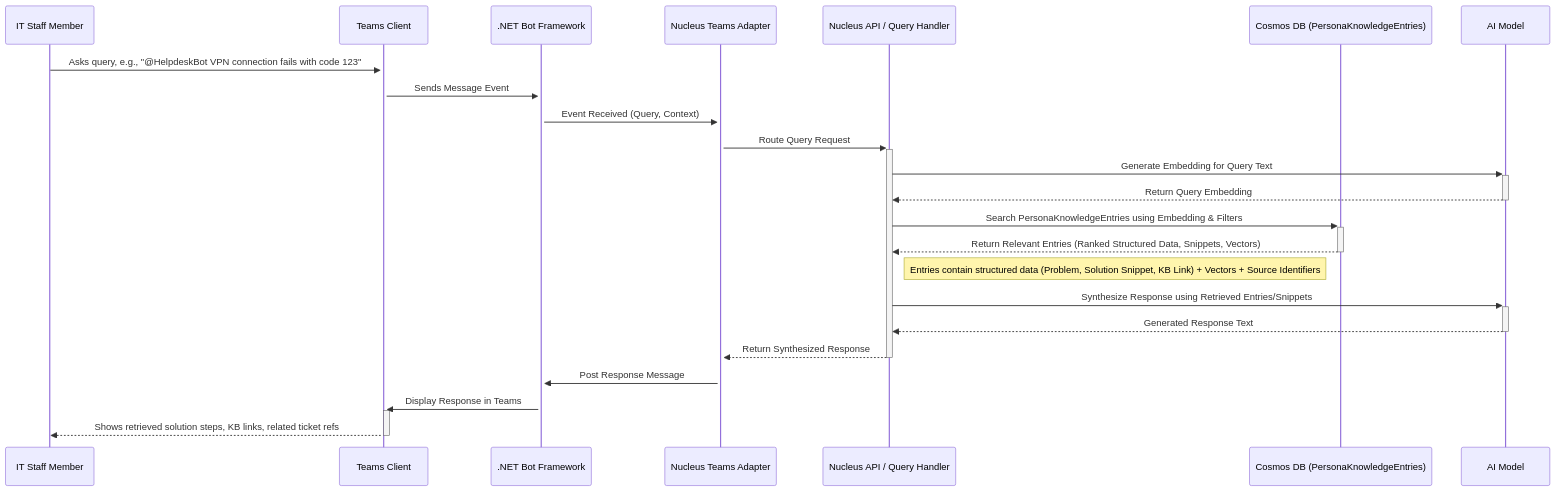
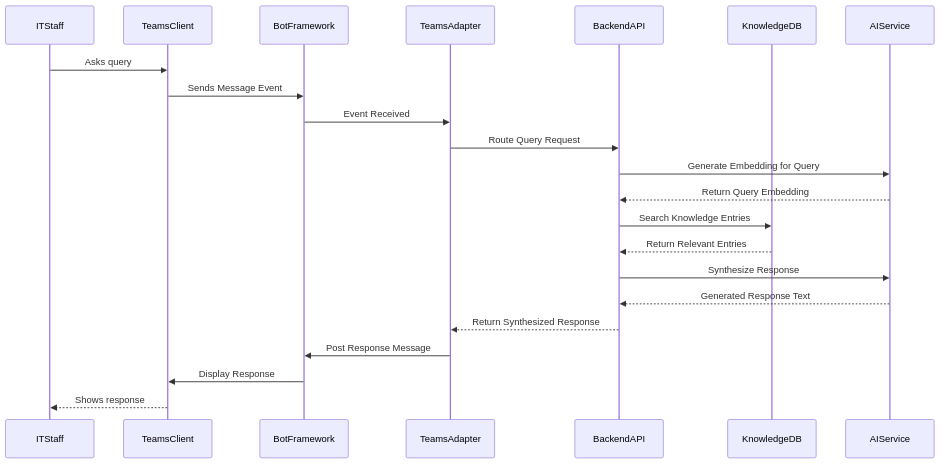
Before and after one commit to jfjordanfarr/Nucleus: the diagram in Docs/Architecture/Personas/ARCHITECTURE_PERSONAS_PROFESSIONAL.md, drawn with Mermaid. The commit also changed 12 other files, not shown here.

Commit message:
Better mermaid parsing on existing docs

````diff
--- a/Docs/Architecture/Personas/ARCHITECTURE_PERSONAS_PROFESSIONAL.md
+++ b/Docs/Architecture/Personas/ARCHITECTURE_PERSONAS_PROFESSIONAL.md
@@ -14,31 +14,25 @@
 ```mermaid
 sequenceDiagram
-    participant ITStaff as IT Staff Member
-    participant TeamsClient as Teams Client
-    participant BotFramework as .NET Bot Framework
-    participant TeamsAdapter as Nucleus Teams Adapter
-    participant BackendAPI as Nucleus API / Query Handler
-    participant KnowledgeDB as Cosmos DB (PersonaKnowledgeEntries)
-    participant AIService as AI Model
+    participant ITStaff
+    participant TeamsClient
+    participant BotFramework
+    participant TeamsAdapter
+    participant BackendAPI
+    participant KnowledgeDB
+    participant AIService
 
-    ITStaff->>+TeamsClient: Asks query, e.g., "@HelpdeskBot VPN connection fails with code 123"
-    TeamsClient->>+BotFramework: Sends Message Event
-    BotFramework->>+TeamsAdapter: Event Received (Query, Context)
-
-    %% --- Query Handling Path --- %%
-    TeamsAdapter->>+BackendAPI: Route Query Request
-    BackendAPI->>+AIService: Generate Embedding for Query Text
-    AIService-->>-BackendAPI: Return Query Embedding
-    BackendAPI->>+KnowledgeDB: Search PersonaKnowledgeEntries using Embedding & Filters
-    KnowledgeDB-->>-BackendAPI: Return Relevant Entries (Ranked Structured Data, Snippets, Vectors)
-    Note right of BackendAPI: Entries contain structured data (Problem, Solution Snippet, KB Link) + Vectors + Source Identifiers
-    BackendAPI->>+AIService: Synthesize Response using Retrieved Entries/Snippets
-    AIService-->>-BackendAPI: Generated Response Text
-    BackendAPI-->>-TeamsAdapter: Return Synthesized Response
-
-    %% --- Response Delivery --- %%
-    TeamsAdapter->>+BotFramework: Post Response Message
-    BotFramework->>+TeamsClient: Display Response in Teams
-    TeamsClient-->>-ITStaff: Shows retrieved solution steps, KB links, related ticket refs
-
+    ITStaff->>TeamsClient: Asks query
+    TeamsClient->>BotFramework: Sends Message Event
+    BotFramework->>TeamsAdapter: Event Received
+    TeamsAdapter->>BackendAPI: Route Query Request
+    BackendAPI->>AIService: Generate Embedding for Query
+    AIService-->>BackendAPI: Return Query Embedding
+    BackendAPI->>KnowledgeDB: Search Knowledge Entries
+    KnowledgeDB-->>BackendAPI: Return Relevant Entries
+    BackendAPI->>AIService: Synthesize Response
+    AIService-->>BackendAPI: Generated Response Text
+    BackendAPI-->>TeamsAdapter: Return Synthesized Response
+    TeamsAdapter->>BotFramework: Post Response Message
+    BotFramework->>TeamsClient: Display Response
+    TeamsClient-->>ITStaff: Shows response
 ```
````
